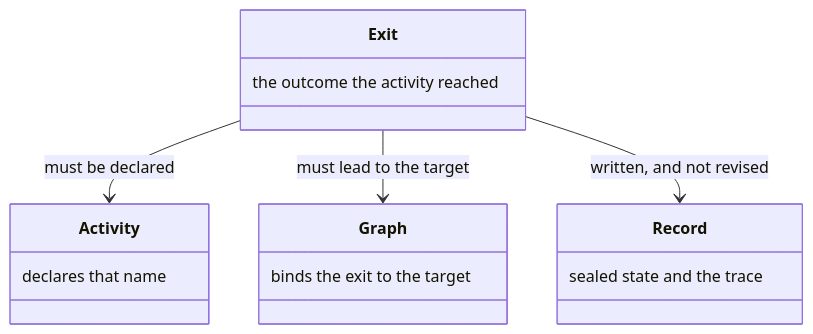
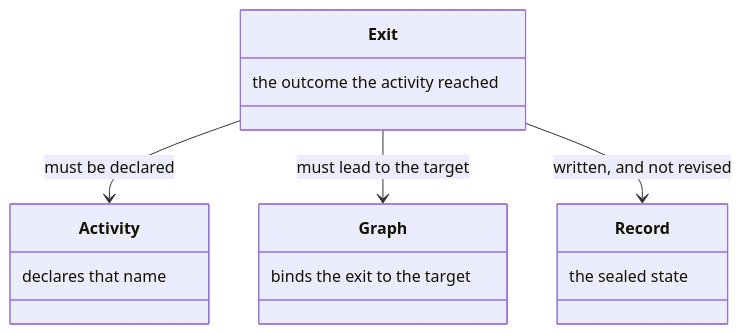
Before and after one commit to m2ux/workflow-server: the tenth of 16 diagrams in docs/fidelity.md, drawn with Mermaid. The commit also changed other lines of this file and 16 other files, not shown here.

````diff
--- a/docs/fidelity.md
+++ b/docs/fidelity.md
@@ -205,18 +203,18 @@
 ```mermaid
 classDiagram
   class Exit {
     the outcome the activity reached
   }
   class Activity {
     declares that name
   }
   class Graph {
     binds the exit to the target
   }
   class Record {
-    sealed state and the trace
+    the sealed state
   }
   Exit --> Activity : must be declared
   Exit --> Graph : must lead to the target
   Exit --> Record : written, and not revised
 ```
````
